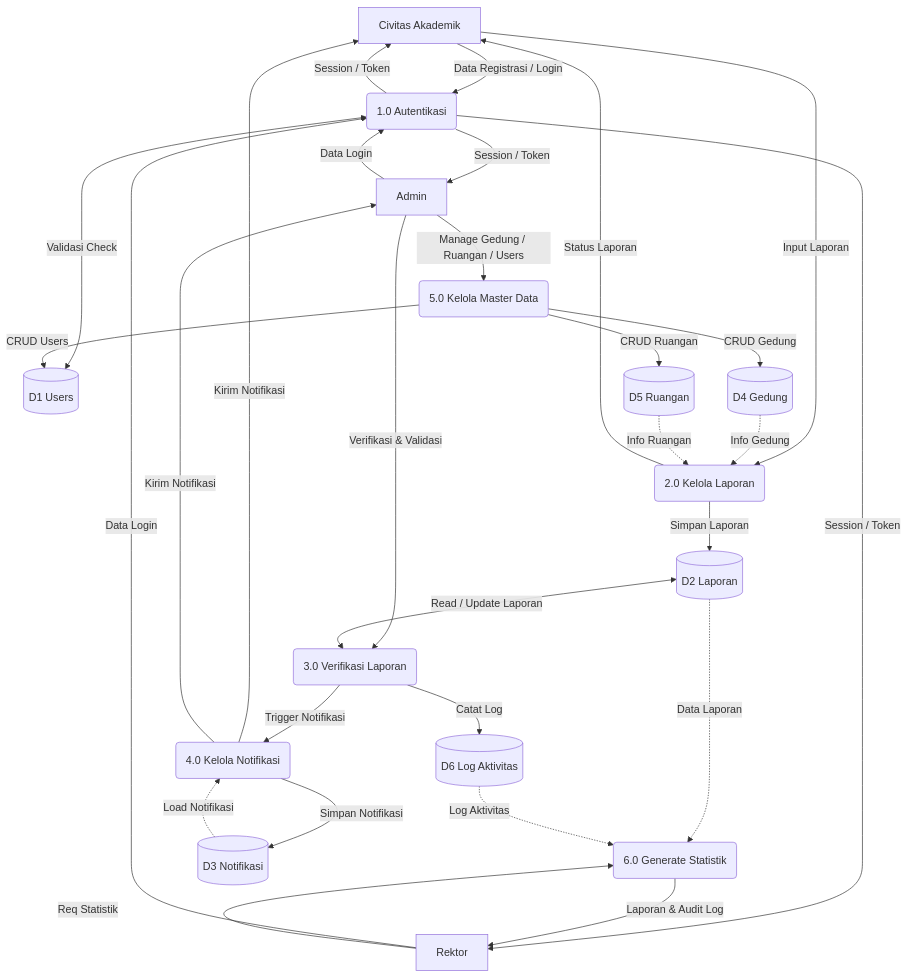
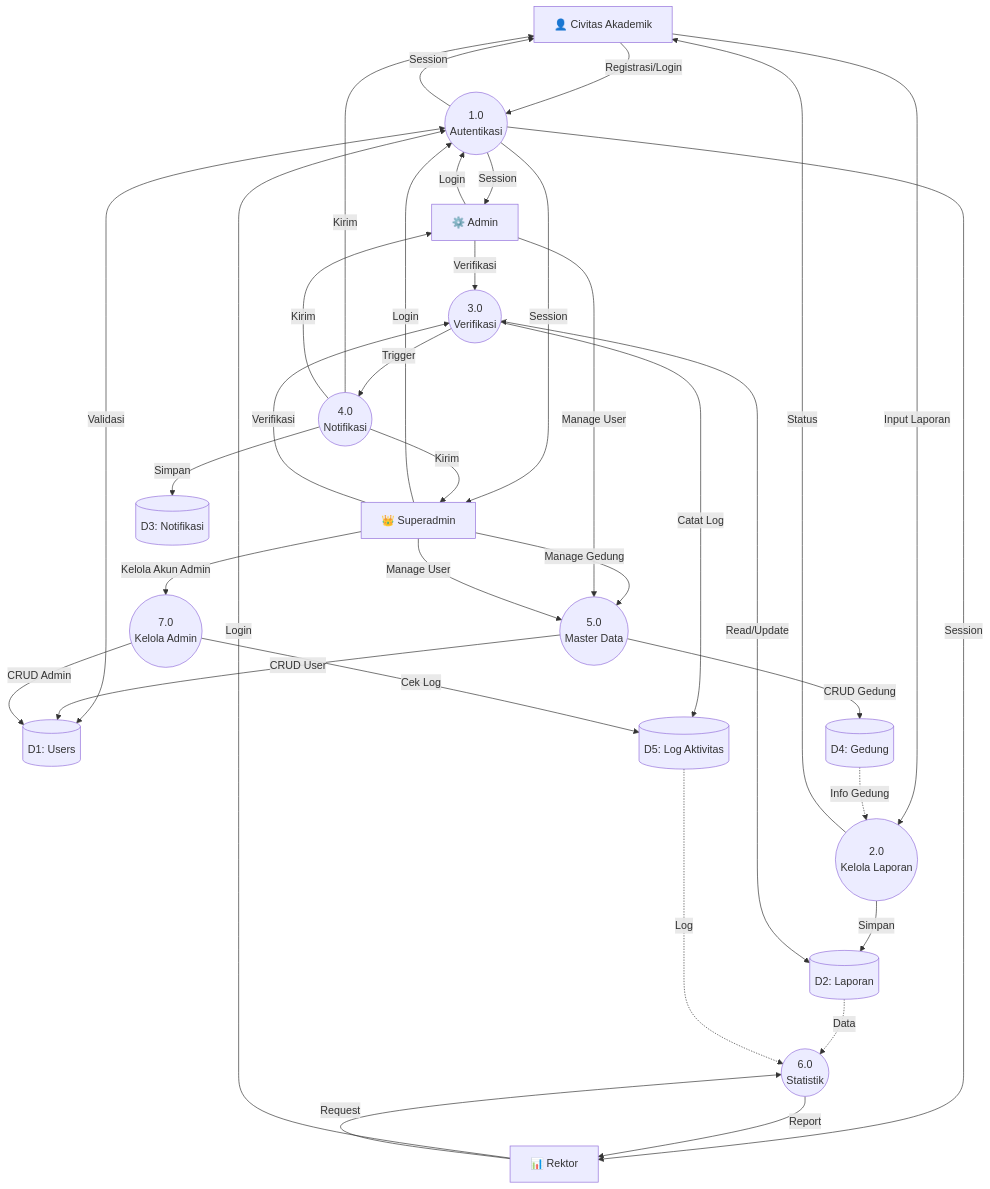
Before and after one commit to zakkyanurhadi/pumfasilitas: the third of 22 diagrams in README.md, drawn with Mermaid. The commit also changed other lines of this file and 15 other files, not shown here.

````diff
--- a/README.md
+++ b/README.md
@@ -197,63 +135,57 @@
 ```mermaid
 flowchart TB
-    %% Entities
-    CA[Civitas Akademik]
-    A[Admin]
-    R[Rektor]
+    CA[👤 Civitas Akademik]
+    A[⚙️ Admin]
+    SA[👑 Superadmin]
+    R[📊 Rektor]
 
-    %% Processes
-    P1(1.0 Autentikasi)
-    P2(2.0 Kelola Laporan)
-    P3(3.0 Verifikasi Laporan)
-    P4(4.0 Kelola Notifikasi)
-    P5(5.0 Kelola Master Data)
-    P6(6.0 Generate Statistik)
+    P1((1.0<br/>Autentikasi))
+    P2((2.0<br/>Kelola Laporan))
+    P3((3.0<br/>Verifikasi))
+    P4((4.0<br/>Notifikasi))
+    P5((5.0<br/>Master Data))
+    P6((6.0<br/>Statistik))
+    P7((7.0<br/>Kelola Admin))
 
-    %% Data Stores
-    D1[(D1 Users)]
-    D2[(D2 Laporan)]
-    D3[(D3 Notifikasi)]
-    D4[(D4 Gedung)]
-    D5[(D5 Ruangan)]
-    D6[(D6 Log Aktivitas)]
+    D1[(D1: Users)]
+    D2[(D2: Laporan)]
+    D3[(D3: Notifikasi)]
+    D4[(D4: Gedung)]
+    D5[(D5: Log Aktivitas)]
 
-    %% Flow: Autentikasi
-    CA -->|Data Registrasi / Login| P1
-    A -->|Data Login| P1
-    R -->|Data Login| P1
-    P1 <-->|Validasi Check| D1
-    P1 -->|Session / Token| CA
-    P1 -->|Session / Token| A
-    P1 -->|Session / Token| R
+    CA -->|Registrasi/Login| P1
+    A -->|Login| P1
+    SA -->|Login| P1
+    R -->|Login| P1
+    P1 <-->|Validasi| D1
+    P1 -->|Session| CA & A & SA & R
 
-    %% Flow: Kelola Laporan (Civitas Akademik)
     CA -->|Input Laporan| P2
     D4 -.->|Info Gedung| P2
-    D5 -.->|Info Ruangan| P2
-    P2 -->|Simpan Laporan| D2
-    P2 -->|Status Laporan| CA
+    P2 -->|Simpan| D2
+    P2 -->|Status| CA
 
-    %% Flow: Verifikasi (Admin)
-    A -->|Verifikasi & Validasi| P3
-    D2 <-->|Read / Update Laporan| P3
-    P3 -->|Catat Log| D6
+    A -->|Verifikasi| P3
+    SA -->|Verifikasi| P3
+    D2 <-->|Read/Update| P3
+    P3 -->|Catat Log| D5
 
-    %% Flow: Notifikasi System
-    P3 -->|Trigger Notifikasi| P4
-    P4 -->|Simpan Notifikasi| D3
-    D3 -.->|Load Notifikasi| P4
-    P4 -->|Kirim Notifikasi| CA
-    P4 -->|Kirim Notifikasi| A
+    P3 -->|Trigger| P4
+    P4 -->|Simpan| D3
+    P4 -->|Kirim| CA & A & SA
 
-    %% Flow: Master Data (Admin Managing Resources & Users)
-    A -->|Manage Gedung / Ruangan / Users| P5
-    P5 -->|CRUD Users| D1
+    SA -->|Manage Gedung| P5
+    A -->|Manage User| P5
+    SA -->|Manage User| P5
     P5 -->|CRUD Gedung| D4
-    P5 -->|CRUD Ruangan| D5
+    P5 -->|CRUD User| D1
 
-    %% Flow: Statistik (Rektor)
-    R -->|Req Statistik| P6
-    D2 -.->|Data Laporan| P6
-    D6 -.->|Log Aktivitas| P6
-    P6 -->|Laporan & Audit Log| R
+    SA -->|Kelola Akun Admin| P7
+    P7 -->|CRUD Admin| D1
+    P7 -->|Cek Log| D5
+
+    R -->|Request| P6
+    D2 -.->|Data| P6
+    D5 -.->|Log| P6
+    P6 -->|Report| R
 ```
````
